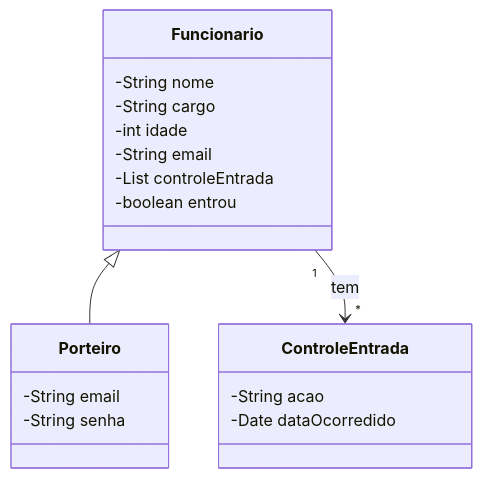
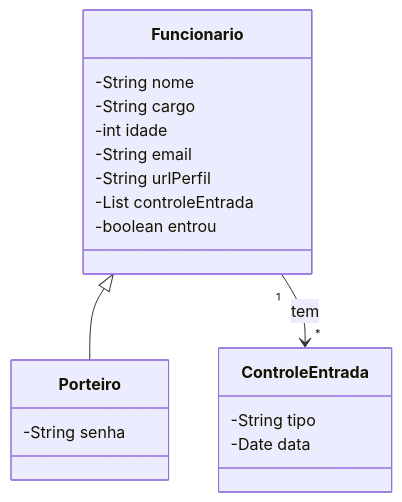
One commit to LucianoSegundo/PoltaliaEletlonica changed the diagram in README.md. Above: the diagram before and after it, drawn with Mermaid. The commit also changed 7 other files, not shown here.

````diff
--- a/README.md
+++ b/README.md
@@ -12,24 +12,24 @@
 ```mermaid
 classDiagram
     class Funcionario {
         -String nome
         -String cargo
         -int idade
         -String email
+        -String  urlPerfil
         -List<ControleEntrada> controleEntrada
         -boolean entrou
     }
     
     class Porteiro {
-        -String email
         -String senha
     }
 
     class ControleEntrada {
-        -String acao
-        -Date dataOcorredido
+        -String tipo
+        -Date data
     }
 
     Funcionario <|-- Porteiro
     Funcionario "1" --> "*" ControleEntrada : tem
 ```
````
